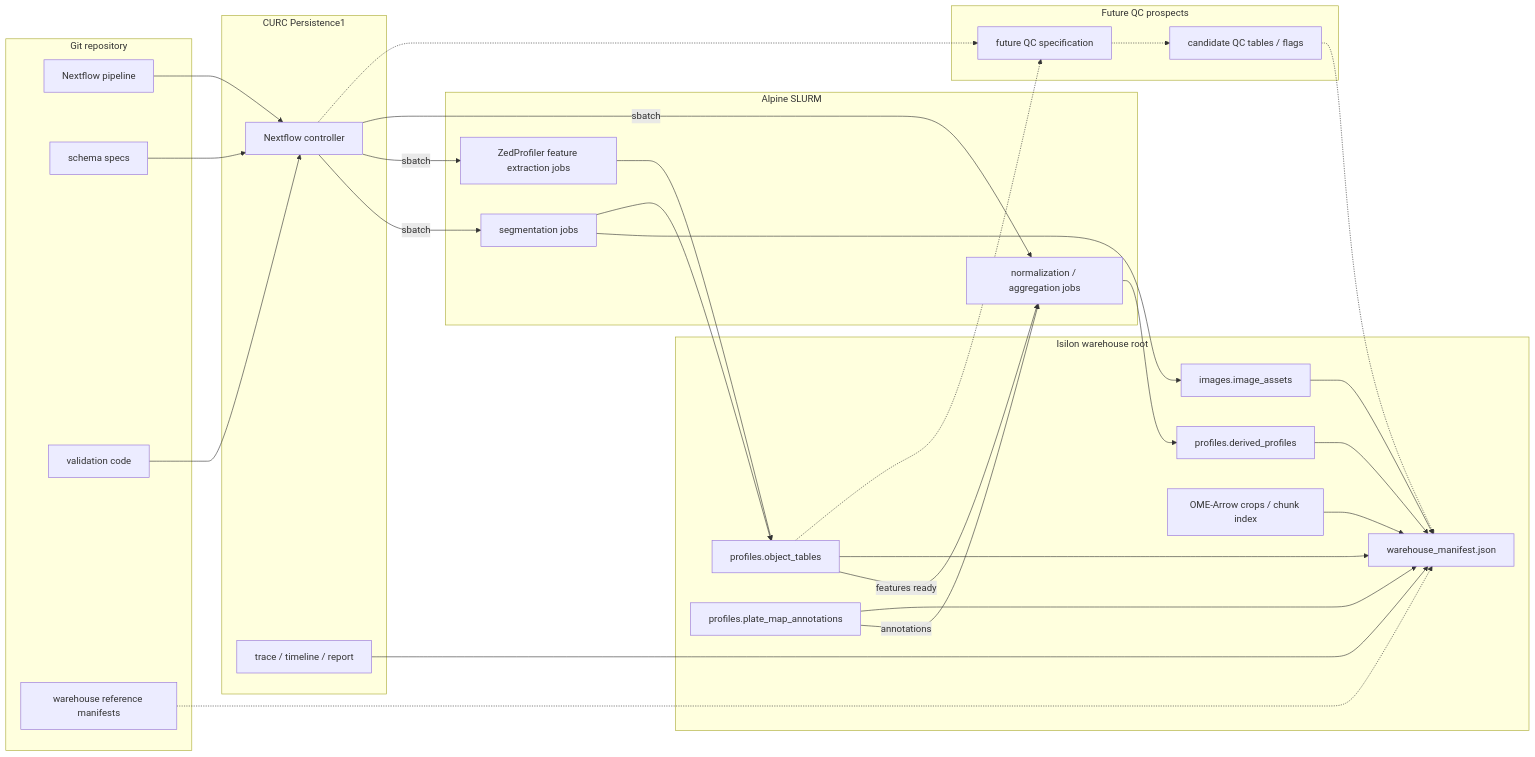
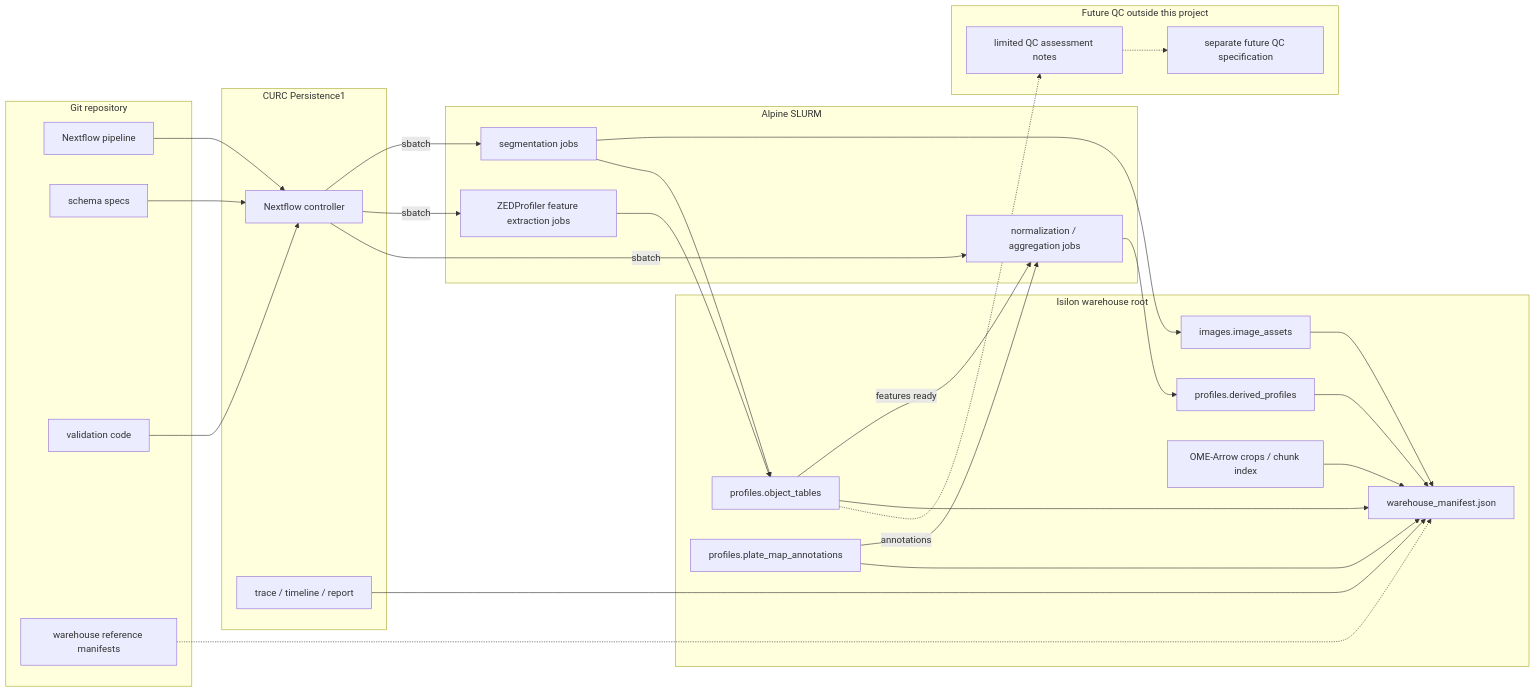
The diagram in docs/source/future_processing_plan.md (WayScience/NF1_3D_organoid_profiling_pipeline), drawn with Mermaid before and after one commit. The commit also changed other lines of this file, not shown here.

````diff
--- a/docs/source/future_processing_plan.md
+++ b/docs/source/future_processing_plan.md
@@ -61,58 +61,56 @@
 ```mermaid
 flowchart LR
     subgraph git_repo["Git repository"]
         nextflow_pipeline["Nextflow pipeline"]
         schema_specs["schema specs"]
         validation_code["validation code"]
         warehouse_references["warehouse reference manifests"]
     end
 
     subgraph curc_persistence["CURC Persistence1"]
         nextflow_controller["Nextflow controller"]
         run_reports["trace / timeline / report"]
     end
 
     subgraph alpine_slurm["Alpine SLURM"]
         segmentation_jobs["segmentation jobs"]
-        featurization_jobs["ZedProfiler feature extraction jobs"]
+        featurization_jobs["ZEDProfiler feature extraction jobs"]
         profile_jobs["normalization / aggregation jobs"]
     end
 
     subgraph isilon_warehouse["Isilon warehouse root"]
         warehouse_manifest["warehouse_manifest.json"]
         image_assets["images.image_assets"]
         object_profiles["profiles.object_tables"]
         derived_profiles["profiles.derived_profiles"]
         treatment_annotations["profiles.plate_map_annotations"]
         ome_arrow_assets["OME-Arrow crops / chunk index"]
     end
 
-    subgraph future_qc["Future QC prospects"]
-        future_qc_spec["future QC specification"]
-        future_qc_outputs["candidate QC tables / flags"]
+    subgraph future_qc["Future QC outside this project"]
+        qc_assessment_notes["limited QC assessment notes"]
+        future_qc_spec["separate future QC specification"]
     end
 
     nextflow_pipeline --> nextflow_controller
     schema_specs --> nextflow_controller
     validation_code --> nextflow_controller
     warehouse_references -.-> warehouse_manifest
     nextflow_controller -->|sbatch| segmentation_jobs
     nextflow_controller -->|sbatch| featurization_jobs
     nextflow_controller -->|sbatch| profile_jobs
     segmentation_jobs --> image_assets
     segmentation_jobs --> object_profiles
     featurization_jobs --> object_profiles
     object_profiles -->|features ready| profile_jobs
     treatment_annotations -->|annotations| profile_jobs
     profile_jobs --> derived_profiles
     image_assets --> warehouse_manifest
     object_profiles --> warehouse_manifest
     derived_profiles --> warehouse_manifest
     treatment_annotations --> warehouse_manifest
     ome_arrow_assets --> warehouse_manifest
     run_reports --> warehouse_manifest
-    nextflow_controller -.-> future_qc_spec
-    object_profiles -.-> future_qc_spec
-    future_qc_spec -.-> future_qc_outputs
-    future_qc_outputs -.-> warehouse_manifest
+    object_profiles -.-> qc_assessment_notes
+    qc_assessment_notes -.-> future_qc_spec
 ```
````
